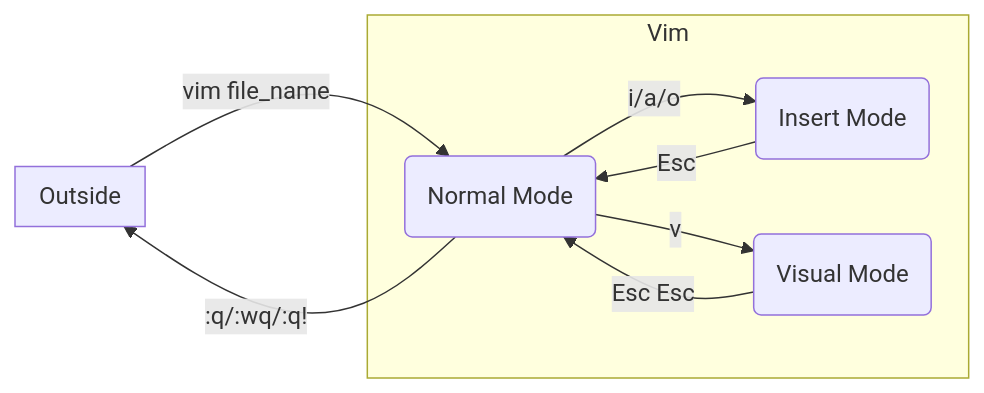
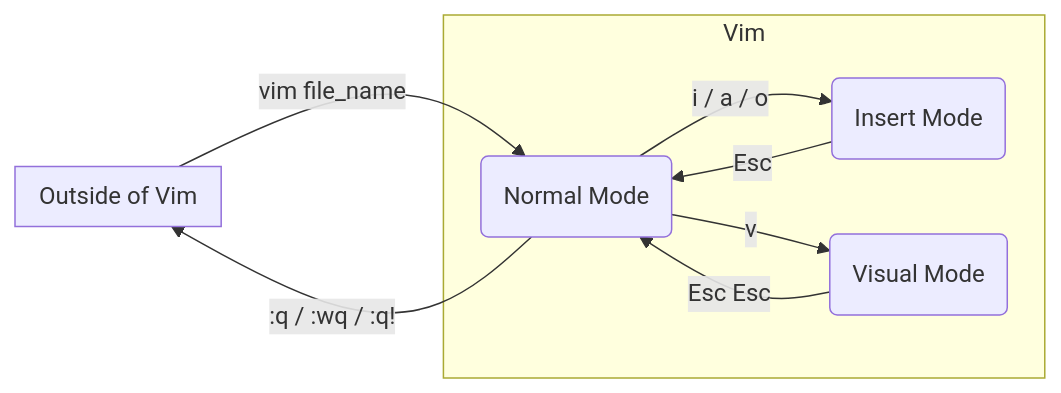
One commit to bingyangchen/KM-software changed the diagram in 軟體開發必學工具/Vim 使用指南.md. Above: the diagram before and after it, drawn with Mermaid. The commit also changed 10 other files, not shown here.

````diff
--- a/軟體開發必學工具/Vim 使用指南.md
+++ b/軟體開發必學工具/Vim 使用指南.md
@@ -11,16 +11,16 @@
 ```mermaid
 flowchart LR
-    subgraph Outside
+    subgraph id0 [Outside of Vim]
     end
     subgraph Vim
     id1(Normal Mode)
     id2(Insert Mode)
     id3(Visual Mode)
     end
-    id1 -- i/a/o --> id2
+    id1 -- i / a / o --> id2
     id1 -- v --> id3
     id2 -- Esc --> id1
     id3 -- Esc Esc --> id1
-    Outside -- vim file_name --> id1
-    id1 -- :q/:wq/:q! --> Outside
+    id0 -- vim file_name --> id1
+    id1 -- :q / :wq / :q! --> id0
 ```
````
